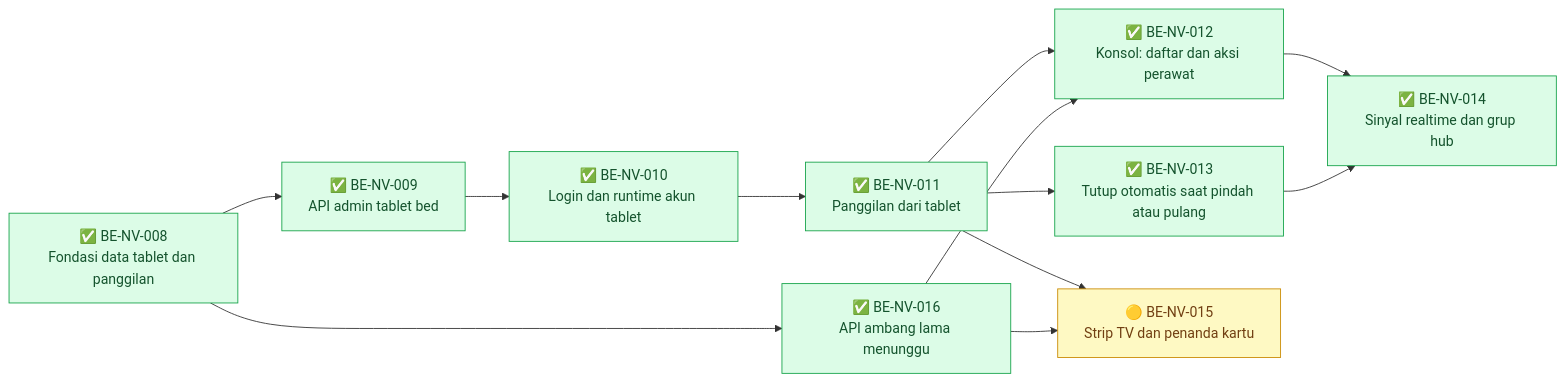
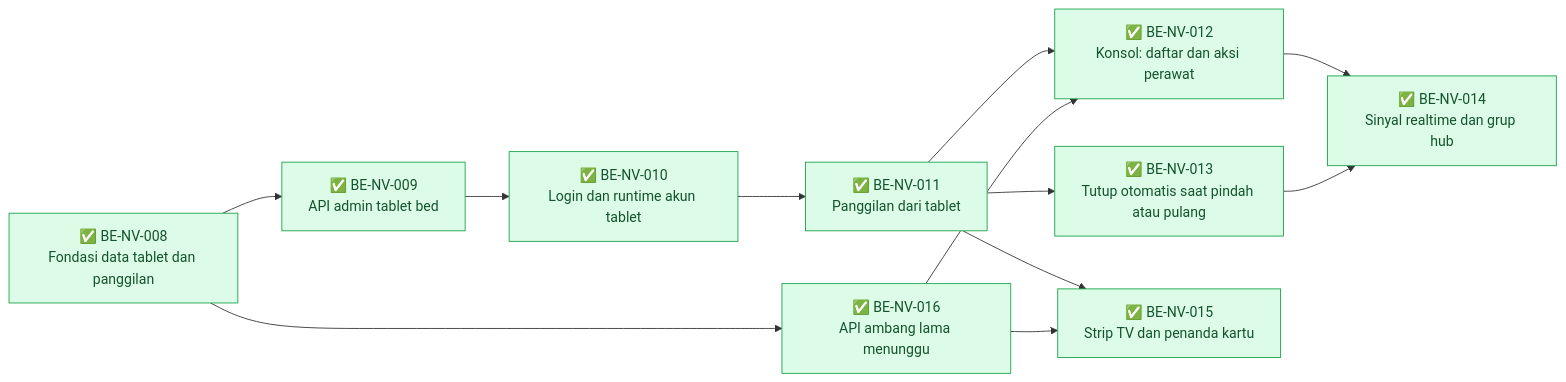
The second of 2 diagrams in docs/module-blueprints/nurse-view/roadmap/backend-roadmap.md (DevBenari/NewQuilvianSystemBackend), drawn with Mermaid before and after one commit. The commit also changed other lines of this file and 6 other files, not shown here.

First line of the commit message:
docs(nurse-view): BE-NV-015 selesai; uji ulang sesudah perbaikan otorisasi dan revisi join ulang hub

````diff
--- a/docs/module-blueprints/nurse-view/roadmap/backend-roadmap.md
+++ b/docs/module-blueprints/nurse-view/roadmap/backend-roadmap.md
@@ -204,29 +204,29 @@
 ```mermaid
 flowchart LR
     classDef selesai fill:#DCFCE7,stroke:#16A34A,color:#14532D
     classDef sebagian fill:#FEF9C3,stroke:#CA8A04,color:#713F12
     classDef terblokir fill:#FEE2E2,stroke:#DC2626,color:#7F1D1D
     classDef belum fill:#F1F5F9,stroke:#64748B,color:#0F172A
 
     BENV008["✅ BE-NV-008<br/>Fondasi data tablet dan panggilan"]:::selesai
     BENV009["✅ BE-NV-009<br/>API admin tablet bed"]:::selesai
     BENV010["✅ BE-NV-010<br/>Login dan runtime akun tablet"]:::selesai
     BENV011["✅ BE-NV-011<br/>Panggilan dari tablet"]:::selesai
     BENV012["✅ BE-NV-012<br/>Konsol: daftar dan aksi perawat"]:::selesai
     BENV013["✅ BE-NV-013<br/>Tutup otomatis saat pindah atau pulang"]:::selesai
     BENV014["✅ BE-NV-014<br/>Sinyal realtime dan grup hub"]:::selesai
-    BENV015["🟡 BE-NV-015<br/>Strip TV dan penanda kartu"]:::sebagian
+    BENV015["✅ BE-NV-015<br/>Strip TV dan penanda kartu"]:::selesai
     BENV016["✅ BE-NV-016<br/>API ambang lama menunggu"]:::selesai
 
     BENV008 --> BENV009
     BENV009 --> BENV010
     BENV010 --> BENV011
     BENV011 --> BENV012
     BENV011 --> BENV013
     BENV011 --> BENV015
     BENV008 --> BENV016
     BENV016 --> BENV012
     BENV016 --> BENV015
     BENV012 --> BENV014
     BENV013 --> BENV014
 ```
````
